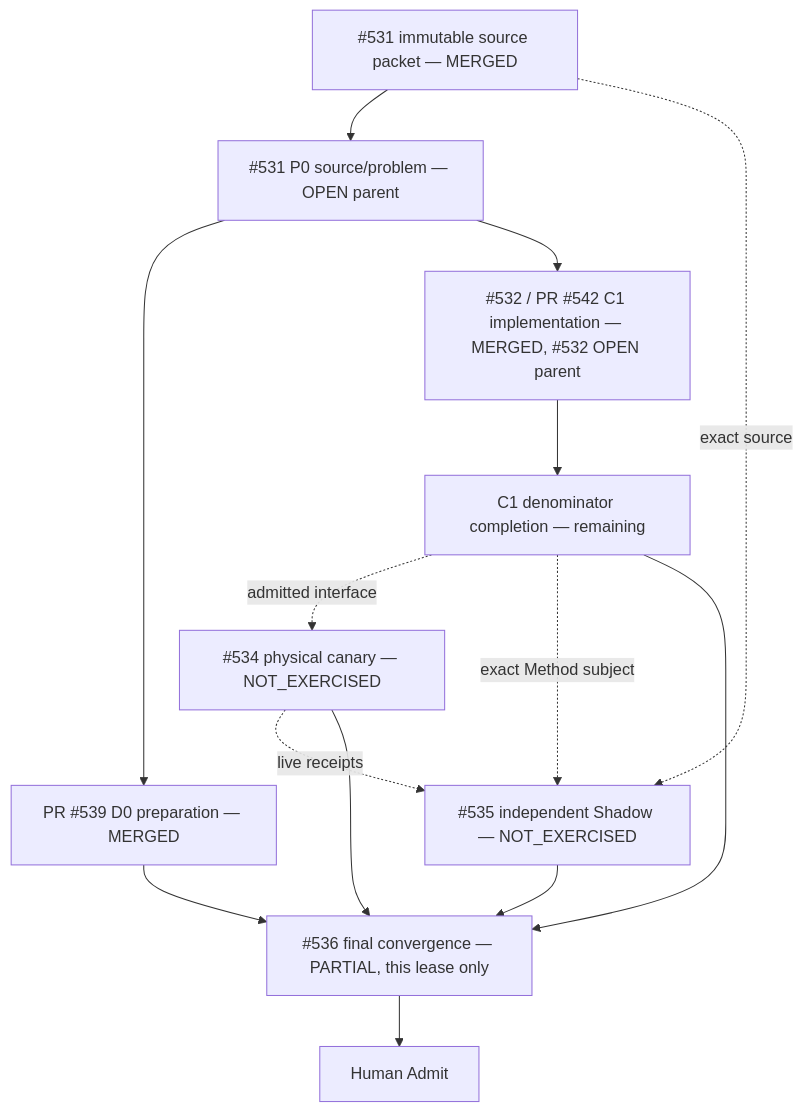
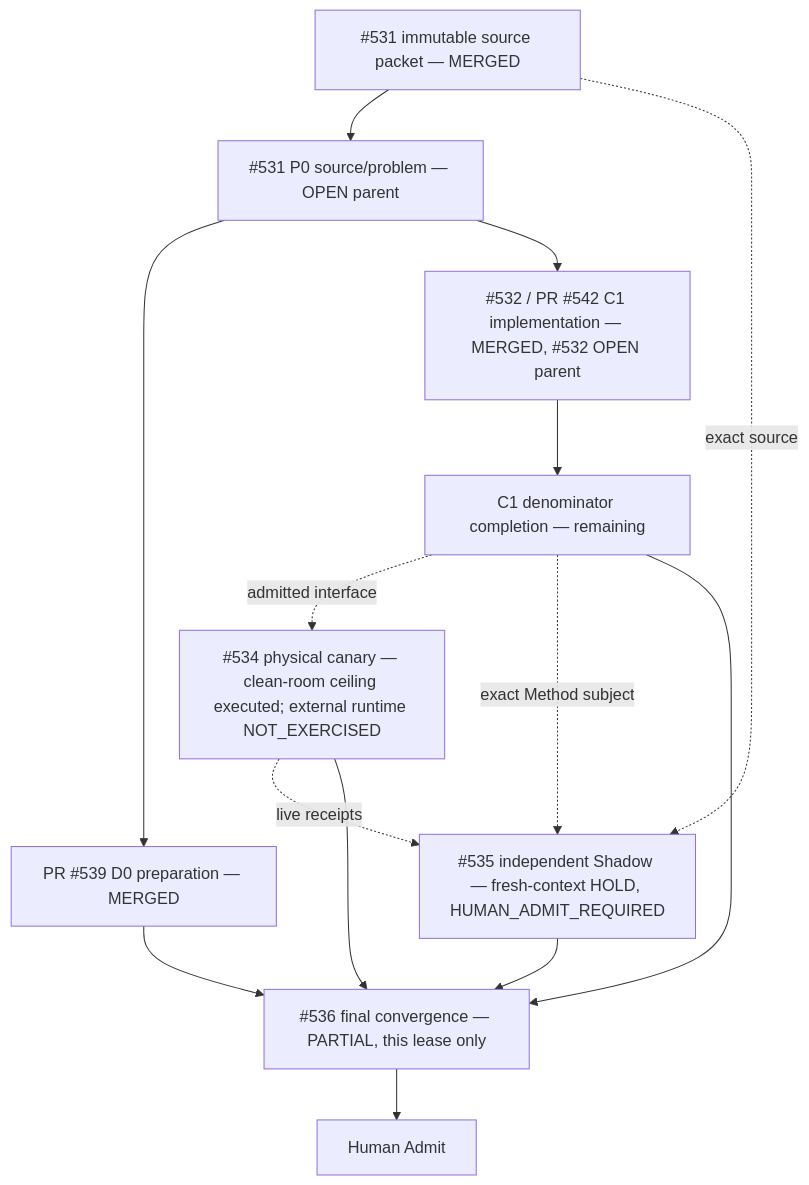
The second of 2 diagrams in docs/traceability/git-at-any-scale/README.md (ed3c/skills-shared), drawn with Mermaid before and after one commit. The commit also changed other lines of this file and 67 other files, not shown here.

````diff
--- a/docs/traceability/git-at-any-scale/README.md
+++ b/docs/traceability/git-at-any-scale/README.md
@@ -88,16 +93,16 @@
 ```mermaid
 flowchart TD
     SRC[#531 immutable source packet — MERGED] --> P0[#531 P0 source/problem — OPEN parent]
     P0 --> PREP[PR #539 D0 preparation — MERGED]
     P0 --> C1[#532 / PR #542 C1 implementation — MERGED, #532 OPEN parent]
     C1 --> GAP[C1 denominator completion — remaining]
-    GAP -. admitted interface .-> L1[#534 physical canary — NOT_EXERCISED]
-    SRC -. exact source .-> S1[#535 independent Shadow — NOT_EXERCISED]
+    GAP -. admitted interface .-> L1[#534 physical canary — clean-room ceiling executed; external runtime NOT_EXERCISED]
+    SRC -. exact source .-> S1[#535 independent Shadow — fresh-context HOLD, HUMAN_ADMIT_REQUIRED]
     GAP -. exact Method subject .-> S1
     L1 -. live receipts .-> S1
     PREP --> D1[#536 final convergence — PARTIAL, this lease only]
     GAP --> D1
     L1 --> D1
     S1 --> D1
     D1 --> H[Human Admit]
 ```
````
